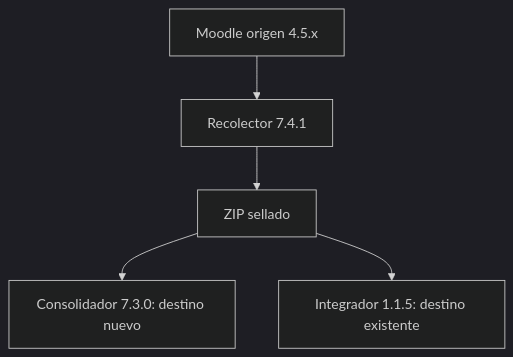
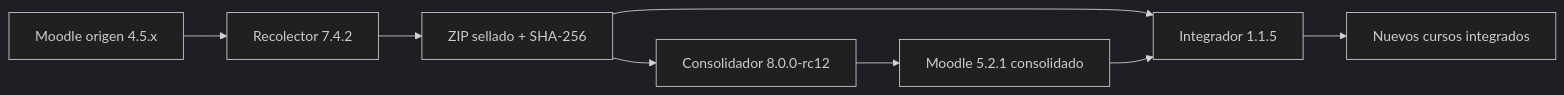
Before and after one commit to AndreyK-2305/MoodleWebToolkit: the diagram in BaseLine/README.md, drawn with Mermaid (dark theme). The commit also changed other lines of this file and 352 other files, not shown here.

````diff
--- a/BaseLine/README.md
+++ b/BaseLine/README.md
@@ -29,7 +21,11 @@
 ```mermaid
-flowchart TD
-    A["Moodle origen 4.5.x"] --> B["Recolector 7.4.1"]
-    B --> C["ZIP sellado"]
-    C --> D["Consolidador 7.3.0: destino nuevo"]
-    C --> E["Integrador 1.1.5: destino existente"]
+flowchart LR
+    A["Moodle origen 4.5.x"] --> B["Recolector 7.4.2"]
+    B --> C["ZIP sellado + SHA-256"]
+    C --> D["Consolidador 8.0.0-rc12"]
+    D --> E["Moodle 5.2.1 consolidado"]
+
+    C --> F["Integrador 1.1.5"]
+    E --> F
+    F --> G["Nuevos cursos integrados"]
 ```
````
